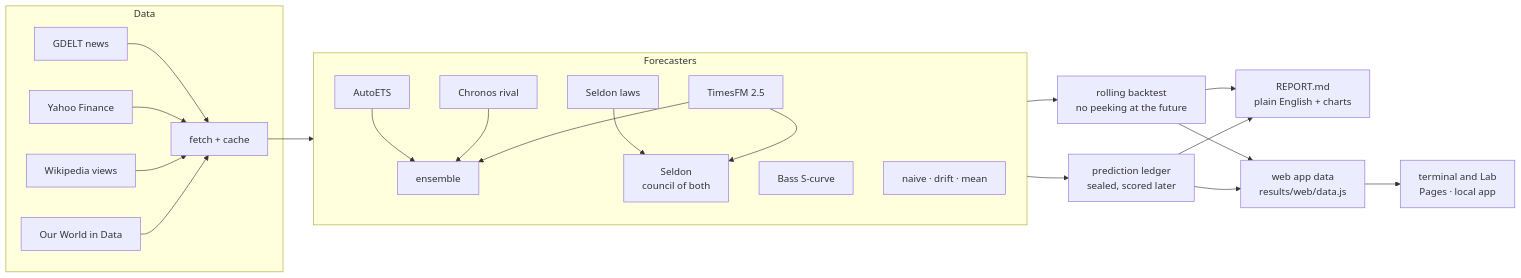
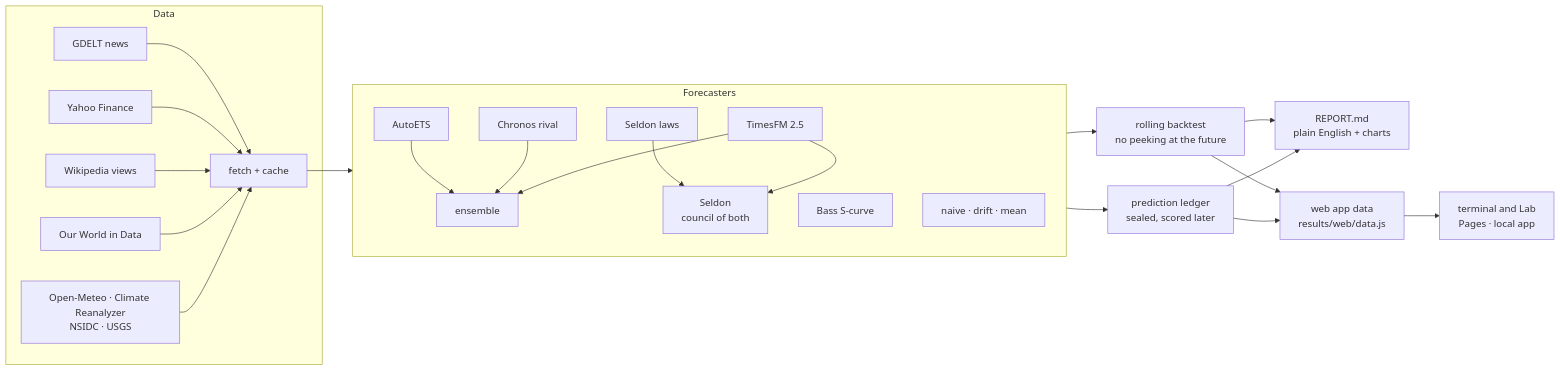
One commit to Normansrule/world-predictor changed the diagram in README.md. Above: the diagram before and after it, drawn with Mermaid. The commit also changed other lines of this file and 47 other files, not shown here.

````diff
--- a/README.md
+++ b/README.md
@@ -786,27 +1022,28 @@
 ```mermaid
 flowchart LR
   subgraph Data
     G[GDELT news] --> F
     Y[Yahoo Finance] --> F
     W[Wikipedia views] --> F
     O[Our World in Data] --> F
+    WX[Open-Meteo · Climate Reanalyzer<br/>NSIDC · USGS] --> F
   end
   F[fetch + cache] --> M
   subgraph M [Forecasters]
     T[TimesFM 2.5]
     C[Chronos rival]
     E[AutoETS]
     B[Bass S-curve]
     N[naive · drift · mean]
     SL[Seldon laws]
     T & C & E --> EN[ensemble]
     T & SL --> S[Seldon<br/>council of both]
   end
   M --> BT[rolling backtest<br/>no peeking at the future]
   M --> L[prediction ledger<br/>sealed, scored later]
   BT --> R[REPORT.md<br/>plain English + charts]
   L --> R
   BT --> A[web app data<br/>results/web/data.js]
   L --> A
   A --> APP[terminal and Lab<br/>Pages · local app]
 ```
````
